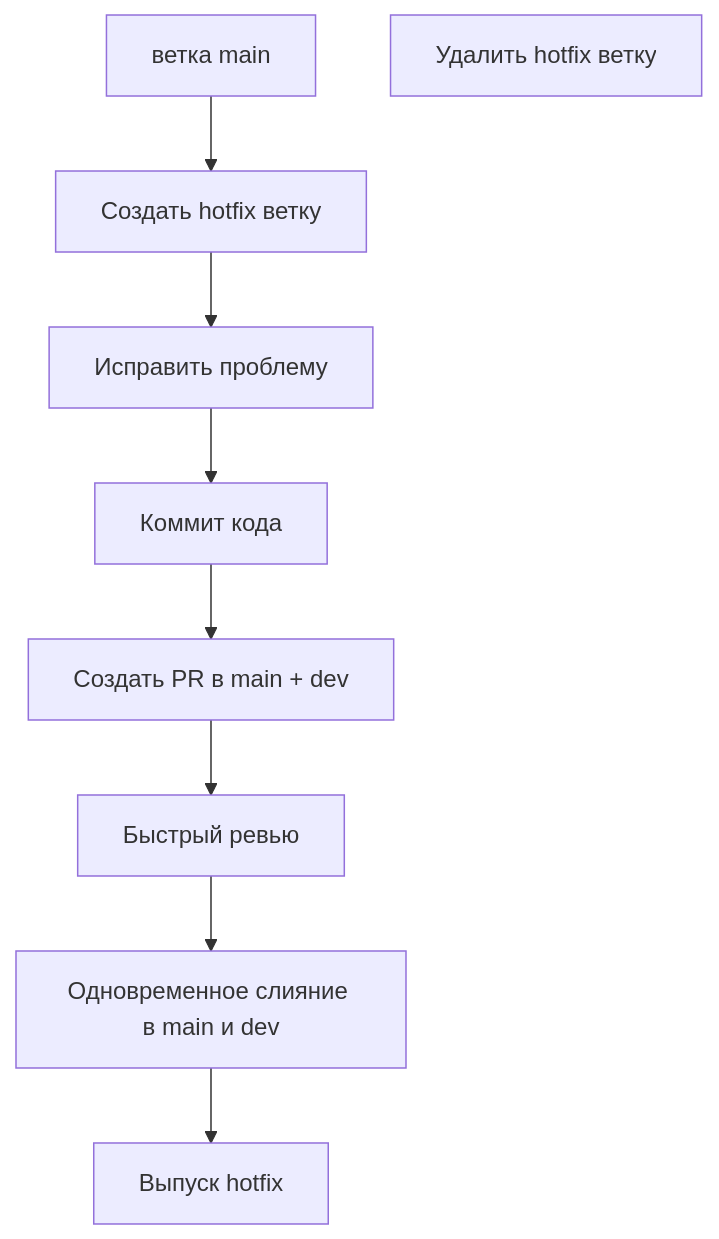
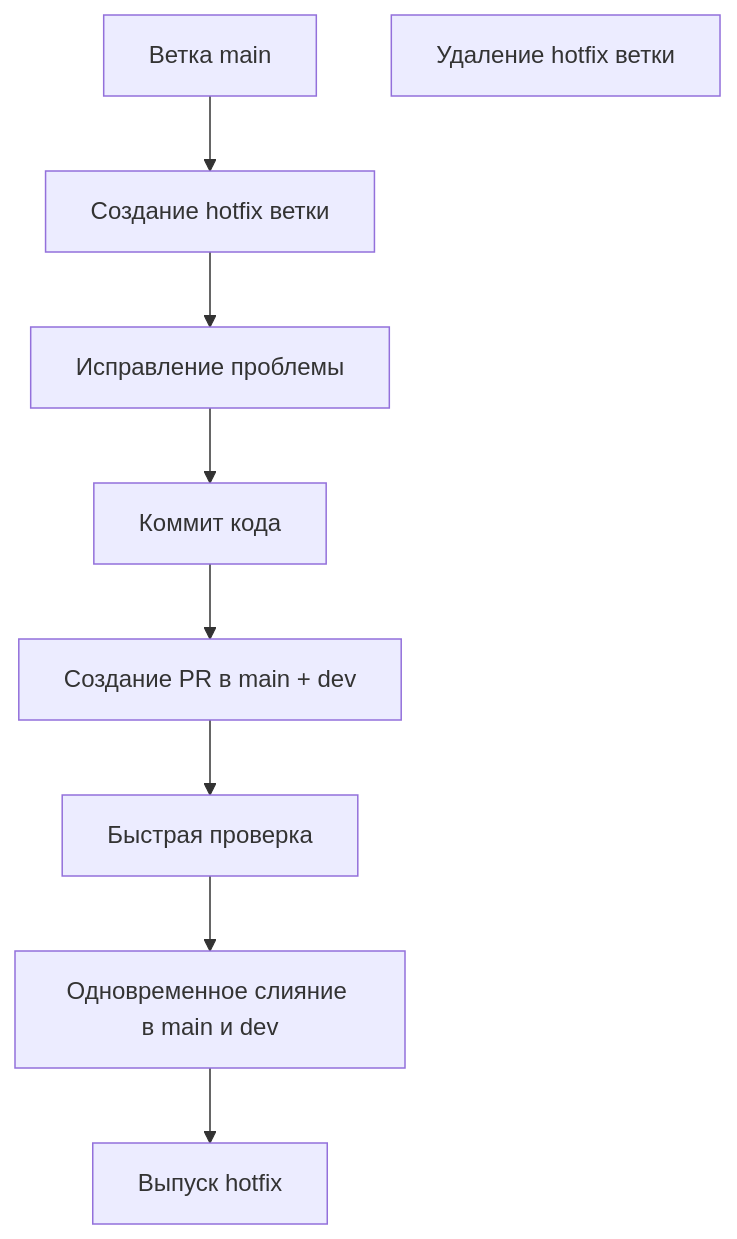
One commit to ChenXu233/YaoXiang changed the second of 3 diagrams in docs/src/ru/dev/branch-maintenance-guide.md. Above: the diagram before and after it, drawn with Mermaid. The commit also changed other lines of this file and 358 other files, not shown here.

````diff
--- a/docs/src/ru/dev/branch-maintenance-guide.md
+++ b/docs/src/ru/dev/branch-maintenance-guide.md
@@ -167,11 +167,11 @@
 ```mermaid
 graph TD
-    A[ветка main] --> B[Создать hotfix ветку]
-    B --> C[Исправить проблему]
+    A[Ветка main] --> B[Создание hotfix ветки]
+    B --> C[Исправление проблемы]
     C --> D[Коммит кода]
-    D --> E[Создать PR в main + dev]
-    E --> F[Быстрый ревью]
+    D --> E[Создание PR в main + dev]
+    E --> F[Быстрая проверка]
     F --> G[Одновременное слияние в main и dev]
     G --> H[Выпуск hotfix]
-    I[Удалить hotfix ветку]
+    I[Удаление hotfix ветки]
 ```
````
